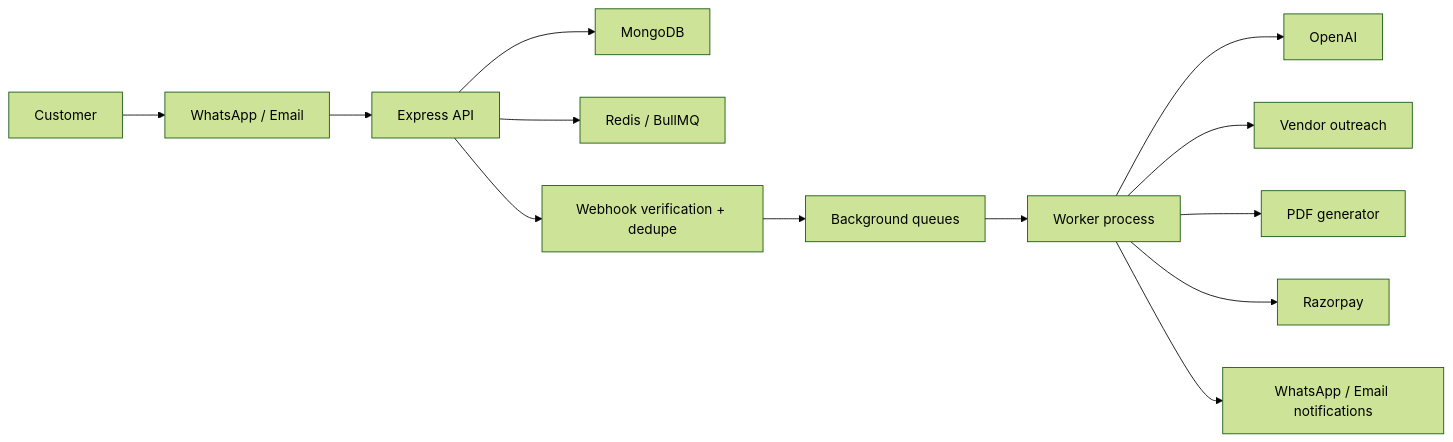
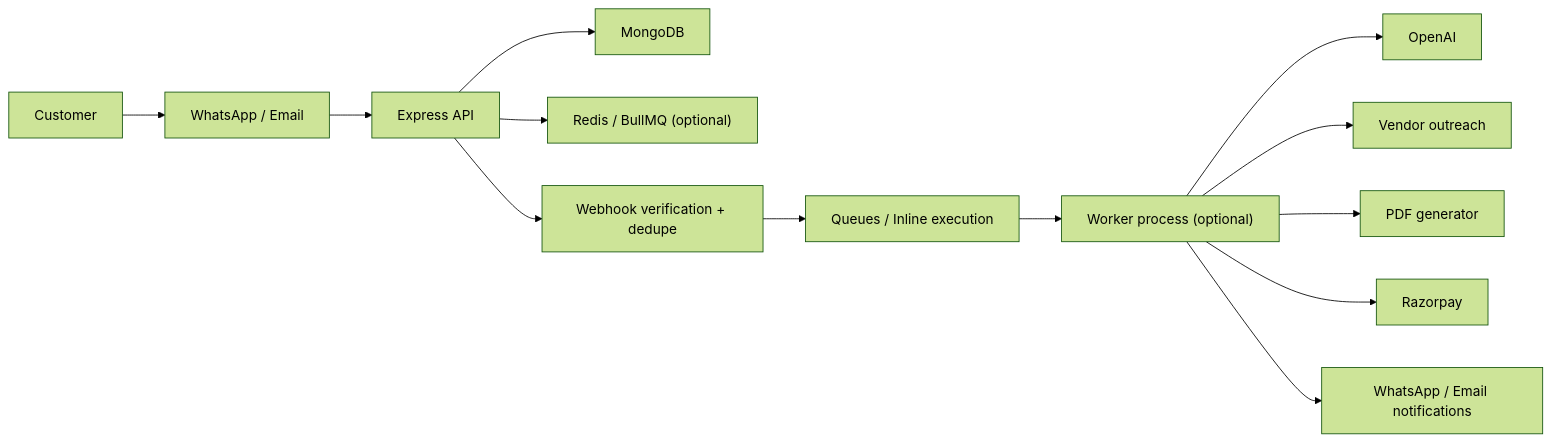
One commit to Suraj1812/concierge-automation changed the diagram in README.md. Above: the diagram before and after it, drawn with Mermaid (forest theme). The commit also changed other lines of this file and 45 other files, not shown here.

````diff
--- a/README.md
+++ b/README.md
@@ -28,15 +29,15 @@
 ```mermaid
 flowchart LR
   Customer["Customer"] --> Channels["WhatsApp / Email"]
   Channels --> API["Express API"]
   API --> Mongo["MongoDB"]
-  API --> Redis["Redis / BullMQ"]
+  API --> Redis["Redis / BullMQ (optional)"]
   API --> Webhooks["Webhook verification + dedupe"]
-  Webhooks --> Queues["Background queues"]
-  Queues --> Worker["Worker process"]
+  Webhooks --> Queues["Queues / Inline execution"]
+  Queues --> Worker["Worker process (optional)"]
   Worker --> AI["OpenAI"]
   Worker --> Vendors["Vendor outreach"]
   Worker --> PDF["PDF generator"]
   Worker --> Razorpay["Razorpay"]
   Worker --> Notifications["WhatsApp / Email notifications"]
 ```
````
